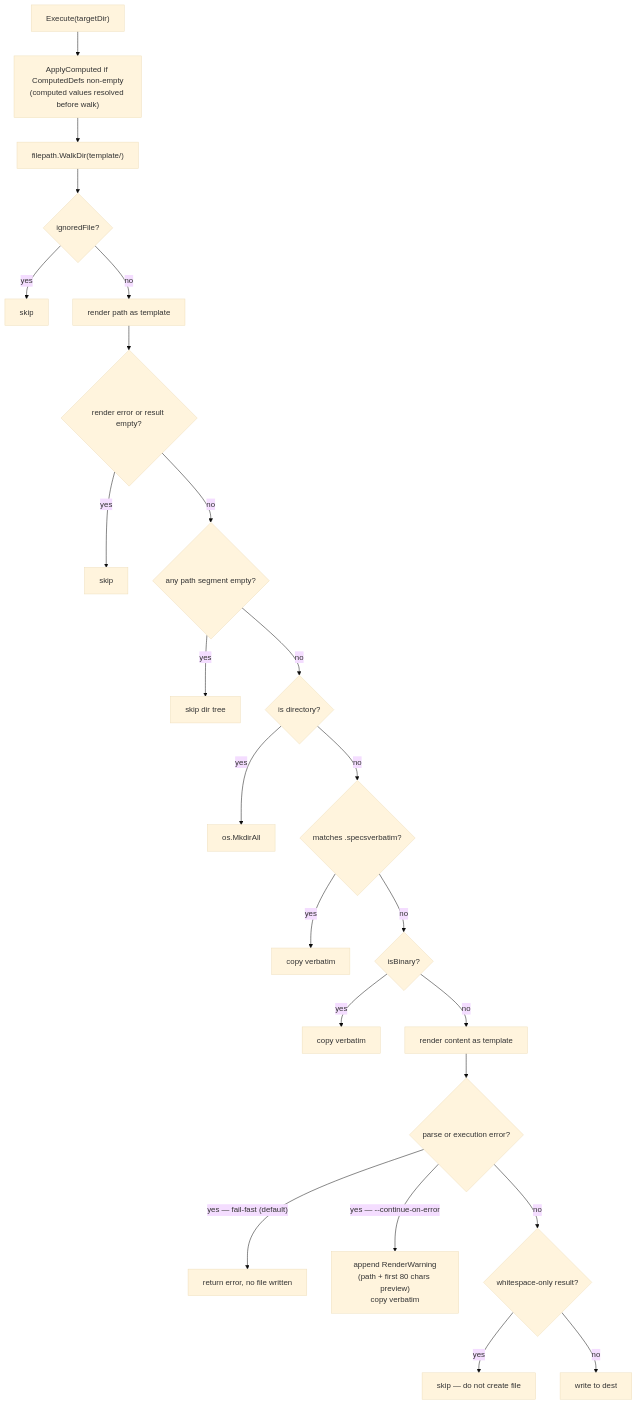
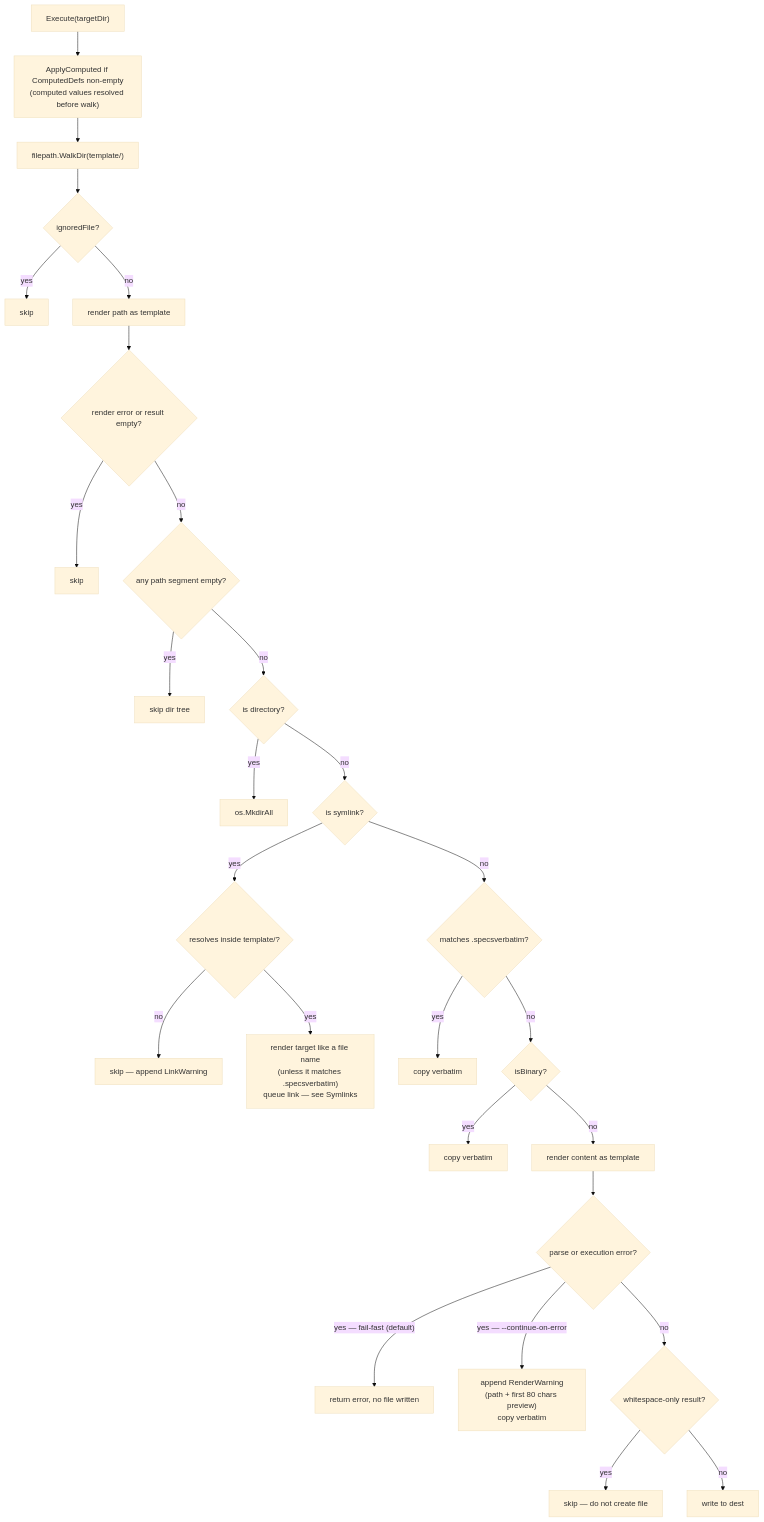
Before and after one commit to specsnl/specs-cli: the diagram in docs/content/docs/architecture/template-engine.md, drawn with Mermaid (base theme). The commit also changed other lines of this file and 4 other files, not shown here.

Commit message:
docs: document template symlink handling (GH-175)

````diff
--- a/docs/content/docs/architecture/template-engine.md
+++ b/docs/content/docs/architecture/template-engine.md
@@ -232,25 +232,29 @@
 ```mermaid
 flowchart TD
     A["Execute(targetDir)"] --> B["ApplyComputed if ComputedDefs non-empty\n(computed values resolved before walk)"]
     B --> C["filepath.WalkDir(template/)"]
     C --> D{ignoredFile?}
     D -->|yes| Skip1[skip]
     D -->|no| E[render path as template]
     E --> F{render error or result empty?}
     F -->|yes| Skip2[skip]
     F -->|no| G{any path segment empty?}
     G -->|yes| Skip3[skip dir tree]
     G -->|no| H{is directory?}
     H -->|yes| Mkdir[os.MkdirAll]
-    H -->|no| I{matches .specsverbatim?}
+    H -->|no| S{is symlink?}
+    S -->|yes| S1{resolves inside template/?}
+    S1 -->|no| Skip5["skip — append LinkWarning"]
+    S1 -->|yes| S2["render target like a file name\n(unless it matches .specsverbatim)\nqueue link — see Symlinks"]
+    S -->|no| I{matches .specsverbatim?}
     I -->|yes| Copy1[copy verbatim]
     I -->|no| J{isBinary?}
     J -->|yes| Copy2[copy verbatim]
     J -->|no| K[render content as template]
     K --> KE{parse or execution error?}
     KE -->|"yes — fail-fast (default)"| Abort["return error, no file written"]
     KE -->|"yes — --continue-on-error"| Warn["append RenderWarning\n(path + first 80 chars preview)\ncopy verbatim"]
     KE -->|no| L{whitespace-only result?}
     L -->|yes| Skip4[skip — do not create file]
     L -->|no| Write[write to dest]
 ```
````
